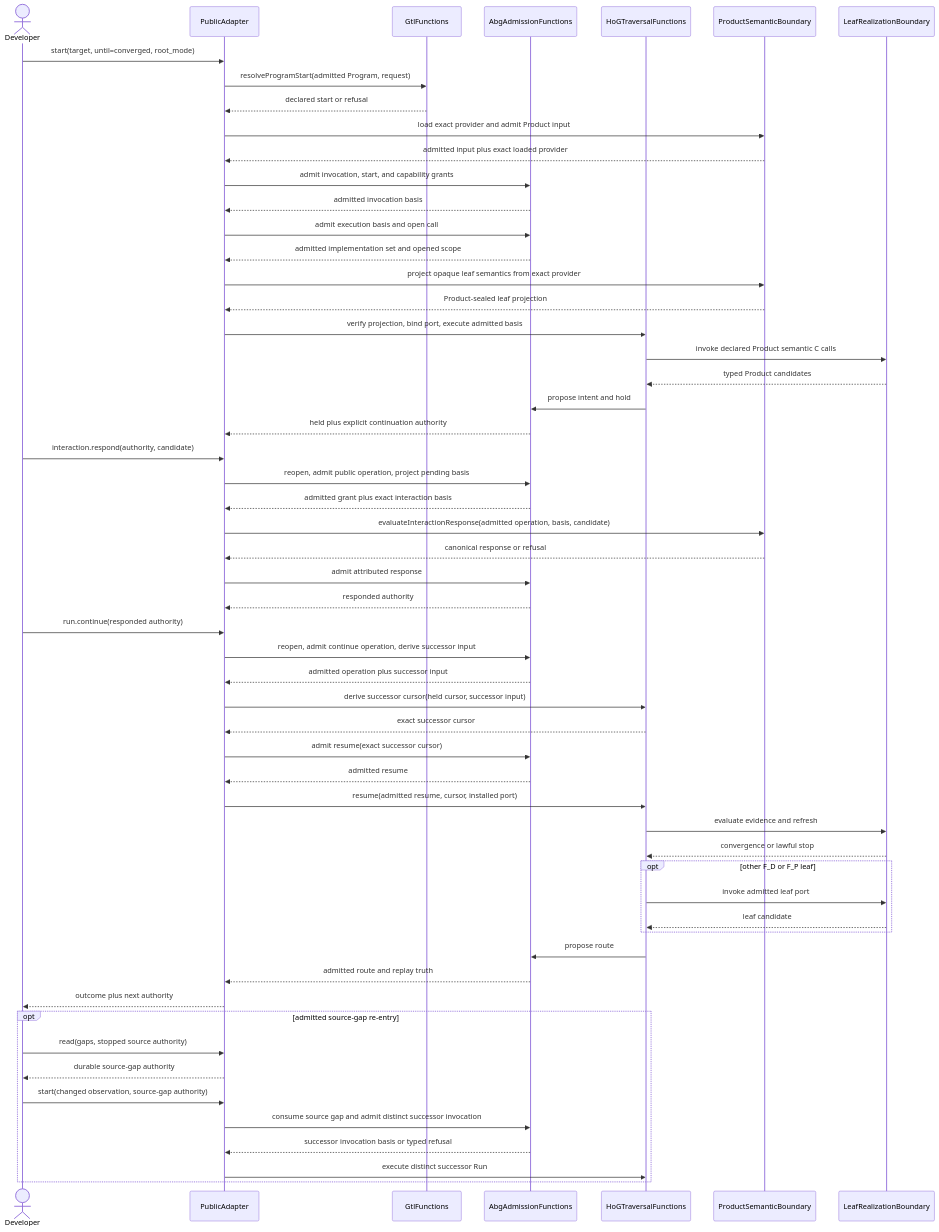
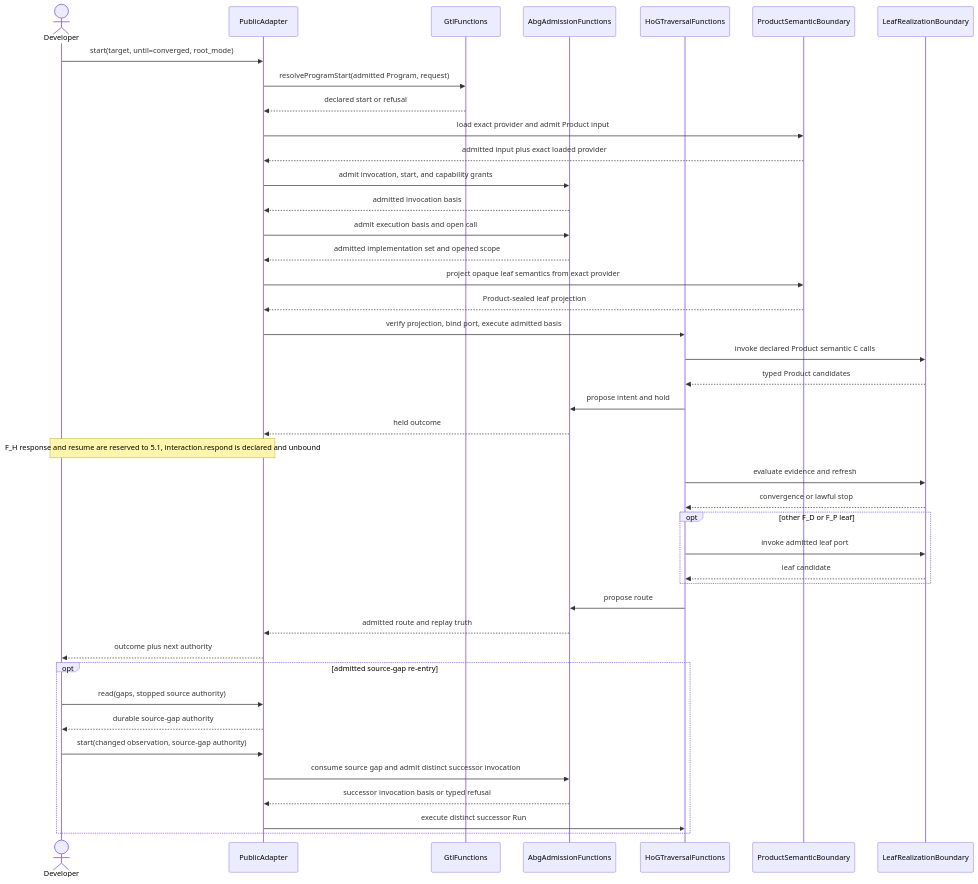
Before and after one commit to foolishimp/abiogenesis: the sixth of 10 diagrams in build_tenants/abiogenesis/typescript/design/M05_DIRECT_GTL_TRAVERSAL_EXPANSION_DESIGN.md, drawn with Mermaid. The commit also changed other lines of this file and 1 other file, not shown here.

First line of the commit message:
TD-25S: restate M05 direct-traversal passages that described F_H response and resume as realized

````diff
--- a/build_tenants/abiogenesis/typescript/design/M05_DIRECT_GTL_TRAVERSAL_EXPANSION_DESIGN.md
+++ b/build_tenants/abiogenesis/typescript/design/M05_DIRECT_GTL_TRAVERSAL_EXPANSION_DESIGN.md
@@ -1574,58 +1561,44 @@
 ```mermaid
 sequenceDiagram
   actor Developer
   participant PublicAdapter
   participant GtlFunctions
   participant AbgAdmissionFunctions
   participant HoGTraversalFunctions
   participant ProductSemanticBoundary
   participant LeafRealizationBoundary
   Developer->>PublicAdapter: start(target, until=converged, root_mode)
   PublicAdapter->>GtlFunctions: resolveProgramStart(admitted Program, request)
   GtlFunctions-->>PublicAdapter: declared start or refusal
   PublicAdapter->>ProductSemanticBoundary: load exact provider and admit Product input
   ProductSemanticBoundary-->>PublicAdapter: admitted input plus exact loaded provider
   PublicAdapter->>AbgAdmissionFunctions: admit invocation, start, and capability grants
   AbgAdmissionFunctions-->>PublicAdapter: admitted invocation basis
   PublicAdapter->>AbgAdmissionFunctions: admit execution basis and open call
   AbgAdmissionFunctions-->>PublicAdapter: admitted implementation set and opened scope
   PublicAdapter->>ProductSemanticBoundary: project opaque leaf semantics from exact provider
   ProductSemanticBoundary-->>PublicAdapter: Product-sealed leaf projection
   PublicAdapter->>HoGTraversalFunctions: verify projection, bind port, execute admitted basis
   HoGTraversalFunctions->>LeafRealizationBoundary: invoke declared Product semantic C calls
   LeafRealizationBoundary-->>HoGTraversalFunctions: typed Product candidates
   HoGTraversalFunctions->>AbgAdmissionFunctions: propose intent and hold
-  AbgAdmissionFunctions-->>PublicAdapter: held plus explicit continuation authority
-  Developer->>PublicAdapter: interaction.respond(authority, candidate)
-  PublicAdapter->>AbgAdmissionFunctions: reopen, admit public operation, project pending basis
-  AbgAdmissionFunctions-->>PublicAdapter: admitted grant plus exact interaction basis
-  PublicAdapter->>ProductSemanticBoundary: evaluateInteractionResponse(admitted operation, basis, candidate)
-  ProductSemanticBoundary-->>PublicAdapter: canonical response or refusal
-  PublicAdapter->>AbgAdmissionFunctions: admit attributed response
-  AbgAdmissionFunctions-->>PublicAdapter: responded authority
-  Developer->>PublicAdapter: run.continue(responded authority)
-  PublicAdapter->>AbgAdmissionFunctions: reopen, admit continue operation, derive successor input
-  AbgAdmissionFunctions-->>PublicAdapter: admitted operation plus successor input
-  PublicAdapter->>HoGTraversalFunctions: derive successor cursor(held cursor, successor input)
-  HoGTraversalFunctions-->>PublicAdapter: exact successor cursor
-  PublicAdapter->>AbgAdmissionFunctions: admit resume(exact successor cursor)
-  AbgAdmissionFunctions-->>PublicAdapter: admitted resume
-  PublicAdapter->>HoGTraversalFunctions: resume(admitted resume, cursor, installed port)
+  AbgAdmissionFunctions-->>PublicAdapter: held outcome
+  Note over Developer,PublicAdapter: F_H response and resume are reserved to 5.1, interaction.respond is declared and unbound
   HoGTraversalFunctions->>LeafRealizationBoundary: evaluate evidence and refresh
   LeafRealizationBoundary-->>HoGTraversalFunctions: convergence or lawful stop
   opt other F_D or F_P leaf
     HoGTraversalFunctions->>LeafRealizationBoundary: invoke admitted leaf port
     LeafRealizationBoundary-->>HoGTraversalFunctions: leaf candidate
   end
   HoGTraversalFunctions->>AbgAdmissionFunctions: propose route
   AbgAdmissionFunctions-->>PublicAdapter: admitted route and replay truth
   PublicAdapter-->>Developer: outcome plus next authority
   opt admitted source-gap re-entry
     Developer->>PublicAdapter: read(gaps, stopped source authority)
     PublicAdapter-->>Developer: durable source-gap authority
     Developer->>PublicAdapter: start(changed observation, source-gap authority)
     PublicAdapter->>AbgAdmissionFunctions: consume source gap and admit distinct successor invocation
     AbgAdmissionFunctions-->>PublicAdapter: successor invocation basis or typed refusal
     PublicAdapter->>HoGTraversalFunctions: execute distinct successor Run
   end
 ```
````
